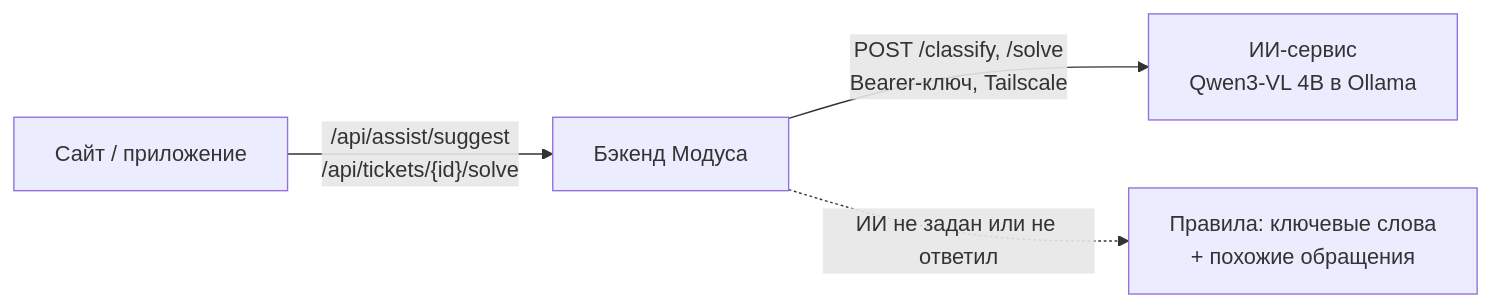
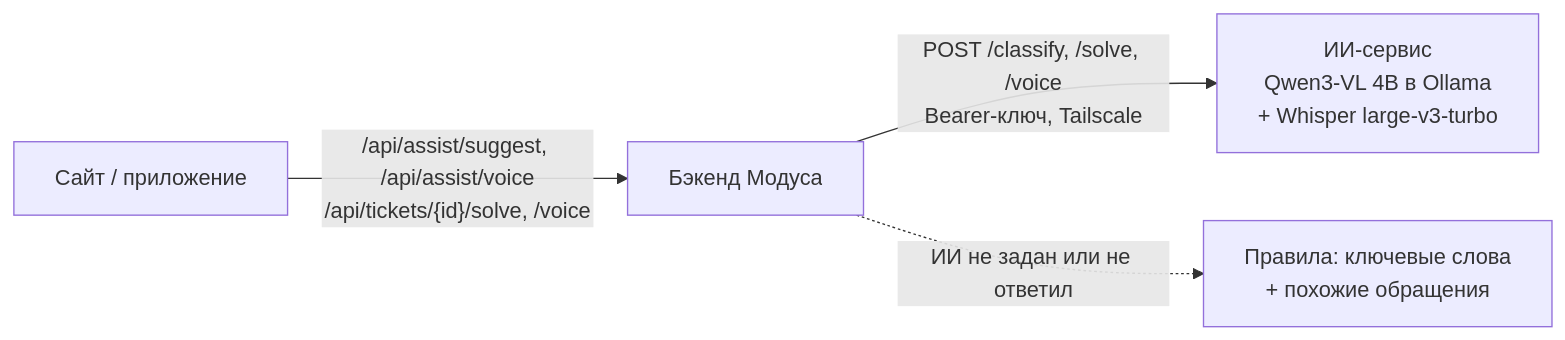
Before and after one commit to Modus-trade/modus: the diagram in docs/ai.md, drawn with Mermaid. The commit also changed other lines of this file and 3 other files, not shown here.

````diff
--- a/docs/ai.md
+++ b/docs/ai.md
@@ -17,6 +21,6 @@
 ```mermaid
 flowchart LR
-    F["Сайт / приложение"] -->|"/api/assist/suggest<br/>/api/tickets/{id}/solve"| B["Бэкенд Модуса"]
-    B -->|"POST /classify, /solve<br/>Bearer-ключ, Tailscale"| M["ИИ-сервис<br/>Qwen3-VL 4B в Ollama"]
+    F["Сайт / приложение"] -->|"/api/assist/suggest, /api/assist/voice<br/>/api/tickets/{id}/solve, /voice"| B["Бэкенд Модуса"]
+    B -->|"POST /classify, /solve, /voice<br/>Bearer-ключ, Tailscale"| M["ИИ-сервис<br/>Qwen3-VL 4B в Ollama<br/>+ Whisper large-v3-turbo"]
     B -.->|"ИИ не задан или не ответил"| R["Правила: ключевые слова<br/>+ похожие обращения"]
 ```
````
